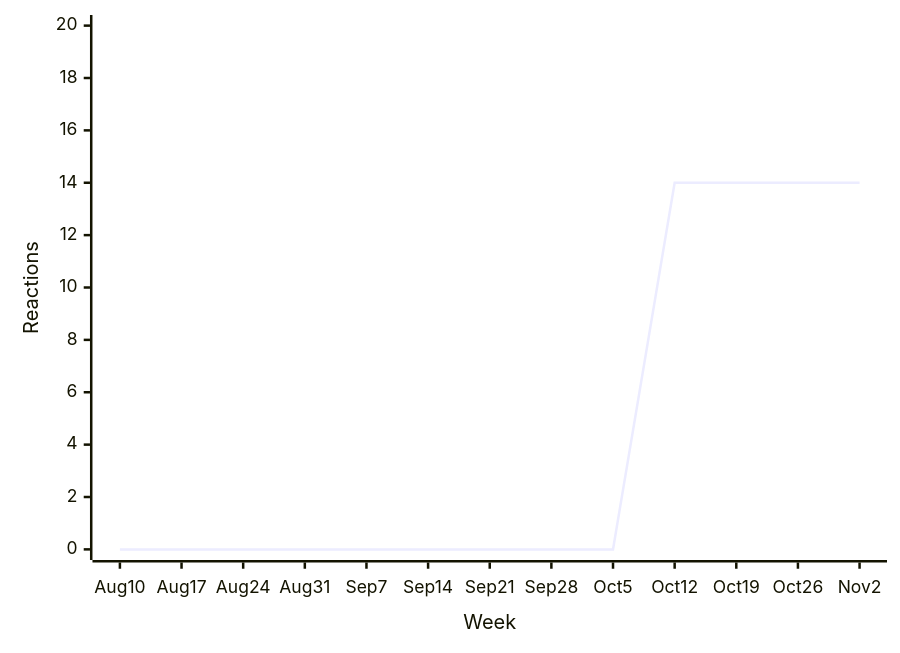
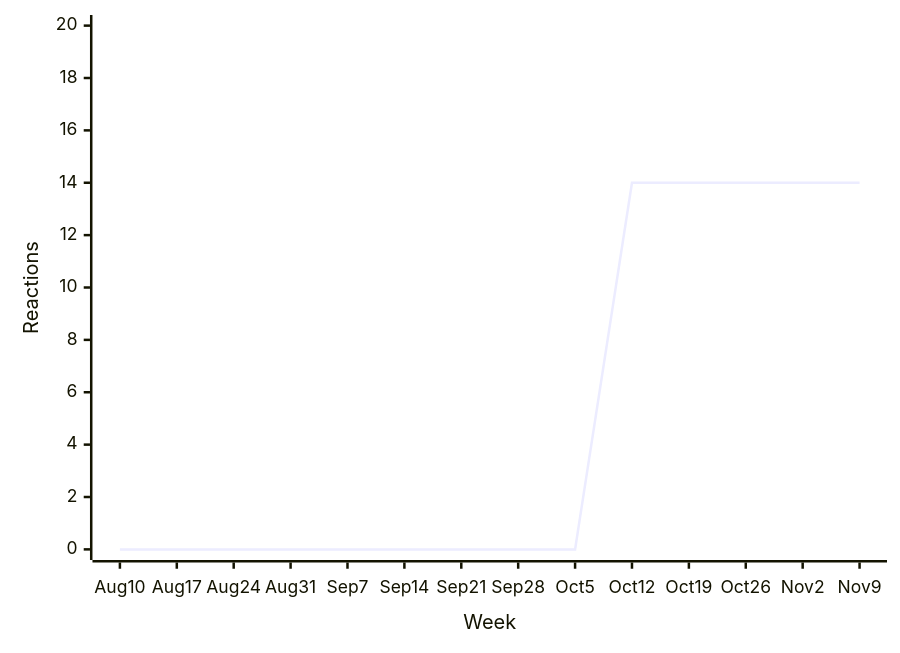
Diagram 11 of 38 in README.md (loic-sharma/github-insights), drawn with Mermaid before and after one commit. The commit also changed other lines of this file and 3 other files, not shown here.

````diff
--- a/README.md
+++ b/README.md
@@ -528,6 +494,6 @@
   ```mermaid
   xychart-beta
-    x-axis "Week" [Aug 10, Aug 17, Aug 24, Aug 31, Sep 7, Sep 14, Sep 21, Sep 28, Oct 5, Oct 12, Oct 19, Oct 26, Nov 2]
+    x-axis "Week" [Aug 10, Aug 17, Aug 24, Aug 31, Sep 7, Sep 14, Sep 21, Sep 28, Oct 5, Oct 12, Oct 19, Oct 26, Nov 2, Nov 9]
     y-axis "Reactions" 0 --> 20
-    line [0, 0, 0, 0, 0, 0, 0, 0, 0, 14, 14, 14, 14]
+    line [0, 0, 0, 0, 0, 0, 0, 0, 0, 14, 14, 14, 14, 14]
   ```
````
